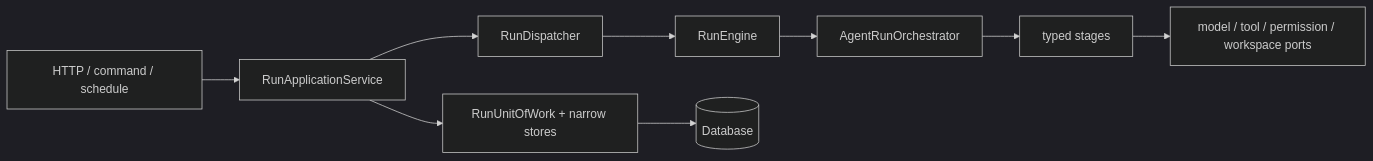
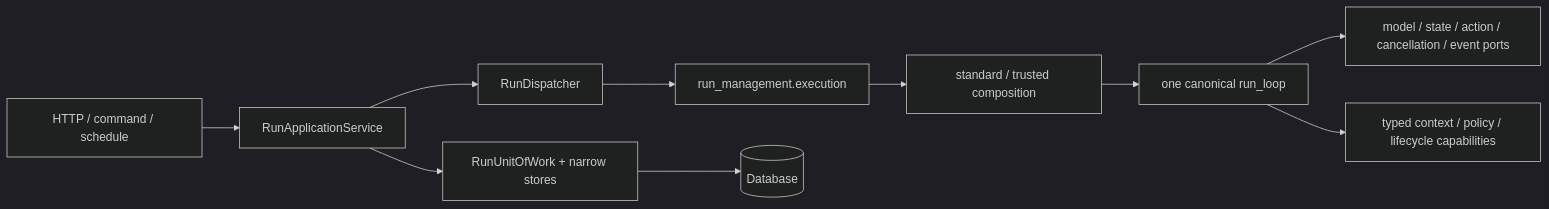
One commit to tommyCheese/Astra changed the diagram in docs/backend-refactoring/target-architecture.md. Above: the diagram before and after it, drawn with Mermaid (dark theme). The commit also changed other lines of this file and 364 other files, not shown here.

````diff
--- a/docs/backend-refactoring/target-architecture.md
+++ b/docs/backend-refactoring/target-architecture.md
@@ -39,11 +39,12 @@
 ```mermaid
 flowchart LR
     HTTP["HTTP / command / schedule"] --> Service["RunApplicationService"]
     Service --> UoW["RunUnitOfWork + narrow stores"]
     Service --> Dispatcher["RunDispatcher"]
-    Dispatcher --> Engine["RunEngine"]
-    Engine --> Runtime["AgentRunOrchestrator"]
-    Runtime --> Stages["typed stages"]
-    Stages --> Ports["model / tool / permission / workspace ports"]
+    Dispatcher --> RuntimeEntry["run_management.execution"]
+    RuntimeEntry --> Composition["standard / trusted composition"]
+    Composition --> Loop["one canonical run_loop"]
+    Loop --> Ports["model / state / action / cancellation / event ports"]
+    Loop --> Capabilities["typed context / policy / lifecycle capabilities"]
     UoW --> DB[(Database)]
 ```
````
